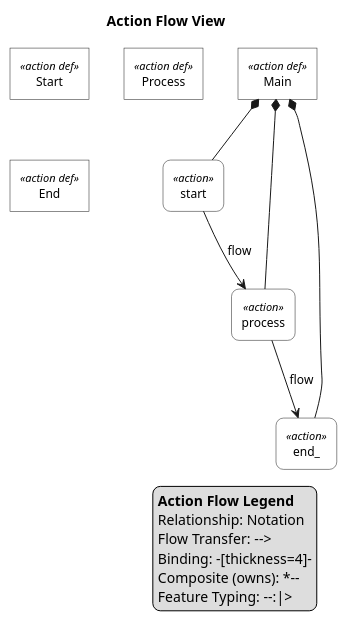
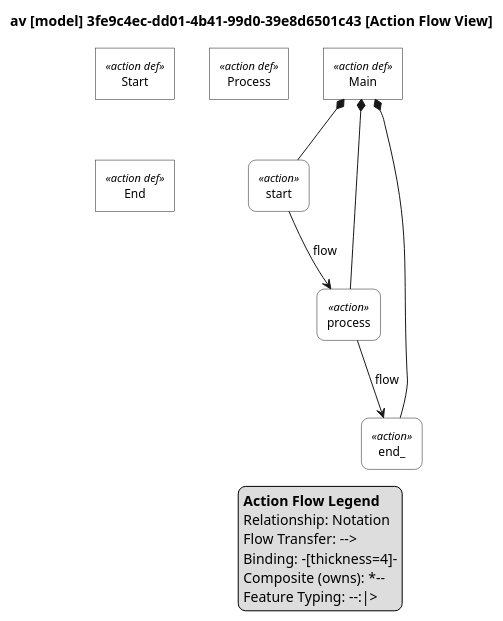
The diagram in plantuml-examples/10-action-flow-view.puml (mycr0ft/sysmlpy), drawn with PlantUML before and after one commit. The commit also changed 28 other files, not shown here.

```diff
--- a/plantuml-examples/10-action-flow-view.puml
+++ b/plantuml-examples/10-action-flow-view.puml
@@ -1,87 +1,87 @@
 @startuml
 
 skinparam monochrome true
 skinparam wrapWidth 300
 skinparam defaultFontSize 12
 skinparam defaultFontName Helvetica
 
 skinparam rectangle<<action def>> {
     RoundCorner 0
     BackgroundColor white
 }
 skinparam rectangle<<action>> {
     RoundCorner 15
     BackgroundColor white
 }
 skinparam rectangle<<flow def>> {
     RoundCorner 0
     BackgroundColor white
 }
 skinparam rectangle<<flow>> {
     RoundCorner 15
     BackgroundColor white
 }
 skinparam rectangle<<attribute def>> {
     RoundCorner 0
     BackgroundColor white
 }
 skinparam rectangle<<attribute>> {
     RoundCorner 15
     BackgroundColor white
 }
 skinparam rectangle<<port def>> {
     RoundCorner 0
     BackgroundColor white
 }
 skinparam rectangle<<port>> {
     RoundCorner 15
     BackgroundColor white
 }
 skinparam rectangle<<part def>> {
     RoundCorner 0
     BackgroundColor white
 }
 skinparam rectangle<<part>> {
     RoundCorner 15
     BackgroundColor white
 }
 
 ' Swim lane styling for actions
 skinparam rectangle<<action def>> {
     StereotypeFontSize 11
 }
 skinparam rectangle<<action>> {
     StereotypeFontSize 11
 }
 
 top to bottom direction
 
-title Action Flow View
+title av [model] 3fe9c4ec-dd01-4b41-99d0-39e8d6501c43 [Action Flow View]
 
 hide circle
 
 rectangle "Start" as E1 <<action def>>
 rectangle "Process" as E2 <<action def>>
 rectangle "End" as E3 <<action def>>
 rectangle "Main" as E4 <<action def>>
 rectangle "start" as E5 <<action>>
 rectangle "process" as E6 <<action>>
 rectangle "end_" as E7 <<action>>
 
 E4 *-- E5
 E4 *-- E6
 E4 *-- E7
 
 E5 --> E6 : flow
 E6 --> E7 : flow
 
 legend right
   <b>Action Flow Legend</b>
   Relationship: Notation
   Flow Transfer: -->
   Binding: -[thickness=4]-
   Composite (owns): *--
   Feature Typing: --:|> 
 endlegend
 
 @enduml
```
